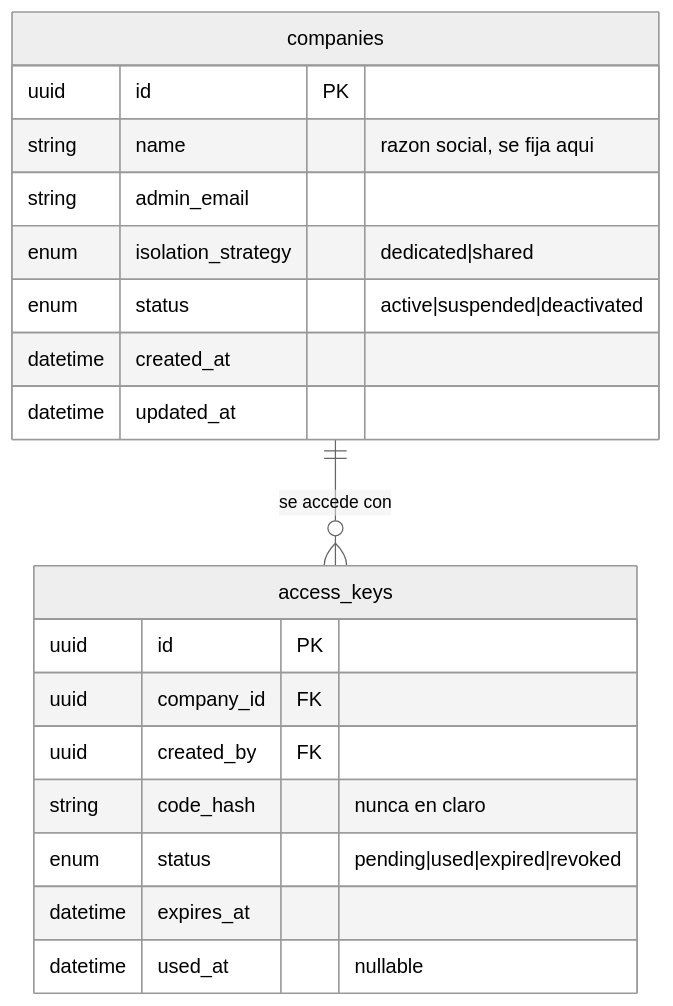
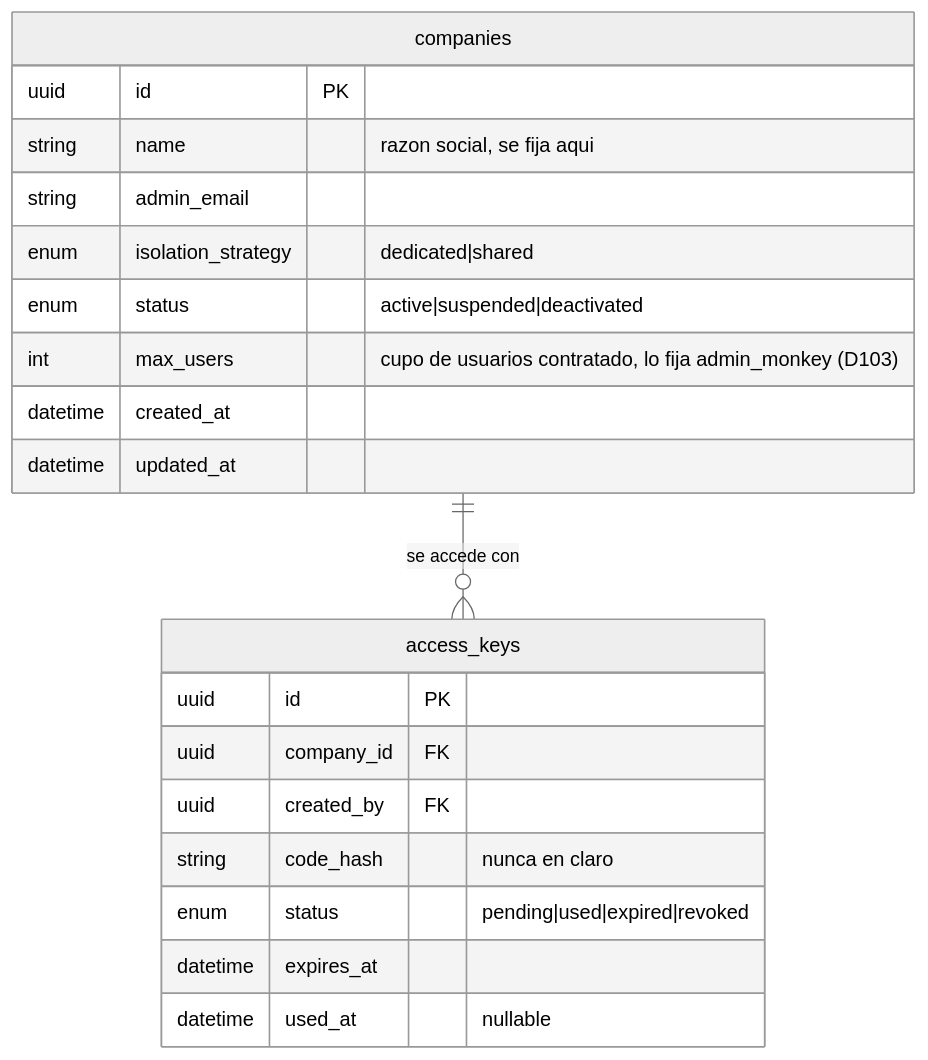
One commit to Monkey-GRC/Monkey-Brain-IA changed the diagram in skills/product/monkey-compliance-council/references/datos/modelo/04-monkey-admin.md. Above: the diagram before and after it, drawn with Mermaid (neutral theme). The commit also changed other lines of this file and 39 other files, not shown here.

First line of the commit message:
docs(brain): D102 y D103, cadena responsable/delegado, cupo de usuarios y plan del sprint 3

````diff
--- a/skills/product/monkey-compliance-council/references/datos/modelo/04-monkey-admin.md
+++ b/skills/product/monkey-compliance-council/references/datos/modelo/04-monkey-admin.md
@@ -16,22 +16,23 @@
 ```mermaid
 erDiagram
     companies {
         uuid id PK
         string name "razon social, se fija aqui"
         string admin_email
         enum isolation_strategy "dedicated|shared"
         enum status "active|suspended|deactivated"
+        int max_users "cupo de usuarios contratado, lo fija admin_monkey (D103)"
         datetime created_at
         datetime updated_at
     }
     access_keys {
         uuid id PK
         uuid company_id FK
         uuid created_by FK
         string code_hash "nunca en claro"
         enum status "pending|used|expired|revoked"
         datetime expires_at
         datetime used_at "nullable"
     }
     companies ||--o{ access_keys : "se accede con"
 ```
````
